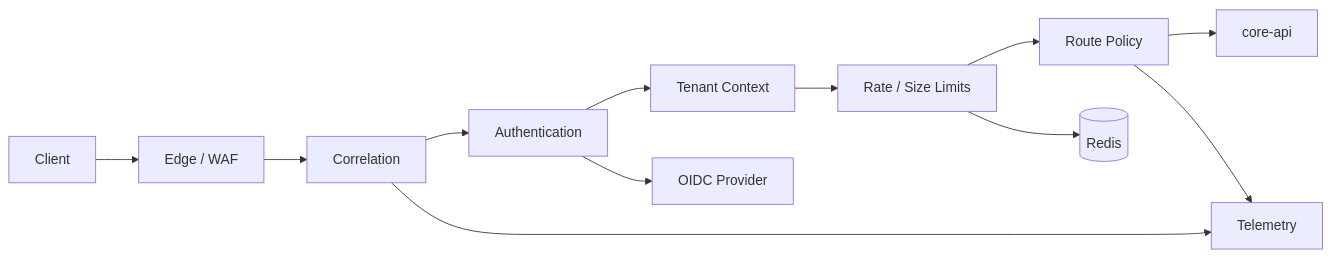
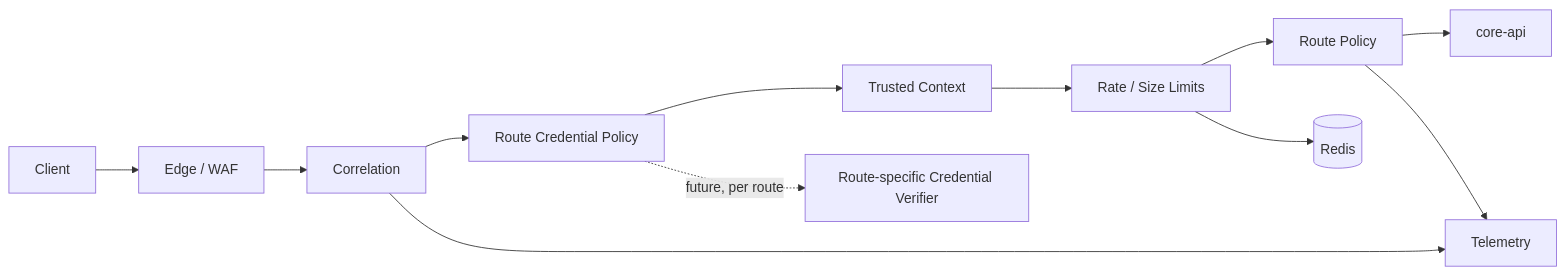
Before and after one commit to hataketed7977/taskpilot: the diagram in services/gateway/docs/architecture.md, drawn with Mermaid. The commit also changed other lines of this file and 185 other files, not shown here.

````diff
--- a/services/gateway/docs/architecture.md
+++ b/services/gateway/docs/architecture.md
@@ -30,20 +39,20 @@
 ```mermaid
 flowchart LR
     client["Client"]
     edge["Edge / WAF"]
     correlation["Correlation"]
-    auth["Authentication"]
-    tenant["Tenant Context"]
+    auth["Route Credential Policy"]
+    tenant["Trusted Context"]
     limits["Rate / Size Limits"]
     route["Route Policy"]
     core["core-api"]
-    idp["OIDC Provider"]
+    credential["Route-specific Credential Verifier"]
     redis[("Redis")]
     telemetry["Telemetry"]
 
     client --> edge --> correlation --> auth --> tenant --> limits --> route --> core
-    auth --> idp
+    auth -.->|future, per route| credential
     limits --> redis
     correlation --> telemetry
     route --> telemetry
 ```
````
